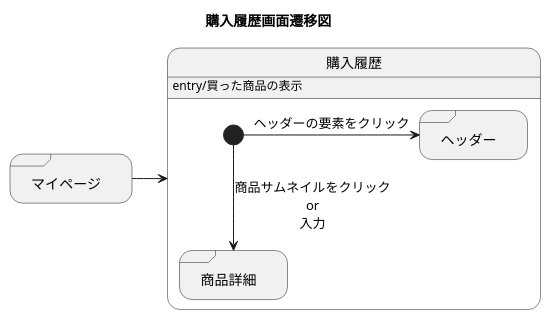
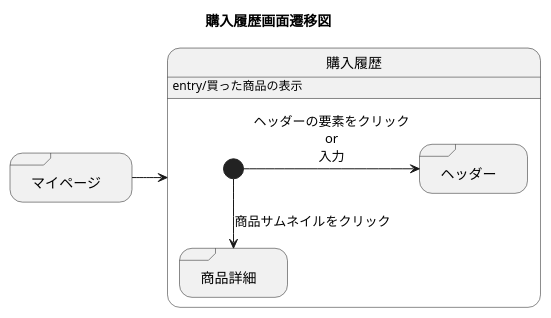
Before and after one commit to akutori/T-D-E: the diagram in 購入履歴.md, drawn with PlantUML.

Commit message:
修正

````diff
--- a/購入履歴.md
+++ b/購入履歴.md
@@ -1,16 +1,16 @@
 ```uml
 @startuml
 title 購入履歴画面遷移図
 state 購入履歴:entry/買った商品の表示
 state "マイページ" as mypage <<sdlreceive>>
 mypage -> 購入履歴
 state 購入履歴{
     state "ヘッダー" as headder<<sdlreceive>>
     state "商品詳細" as goodsdetail<<sdlreceive>>
-    [*]->headder :ヘッダーの要素をクリック
-    [*]-->goodsdetail : 商品サムネイルをクリック\nor\n入力
+    [*]->headder :ヘッダーの要素をクリック\nor\n入力
+    [*]-->goodsdetail : 商品サムネイルをクリック
 }
 
 
 @enduml
 ```
````
